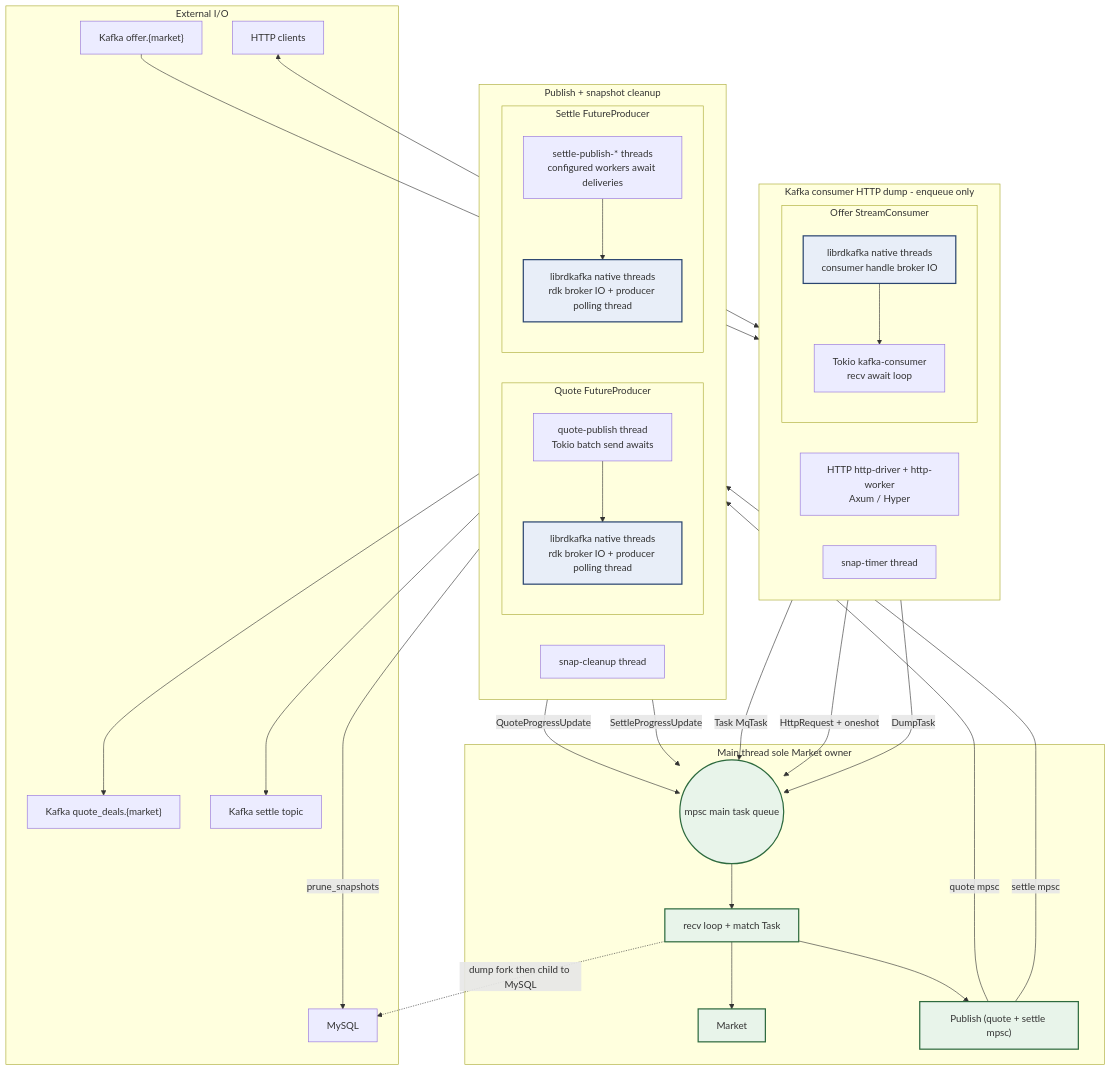
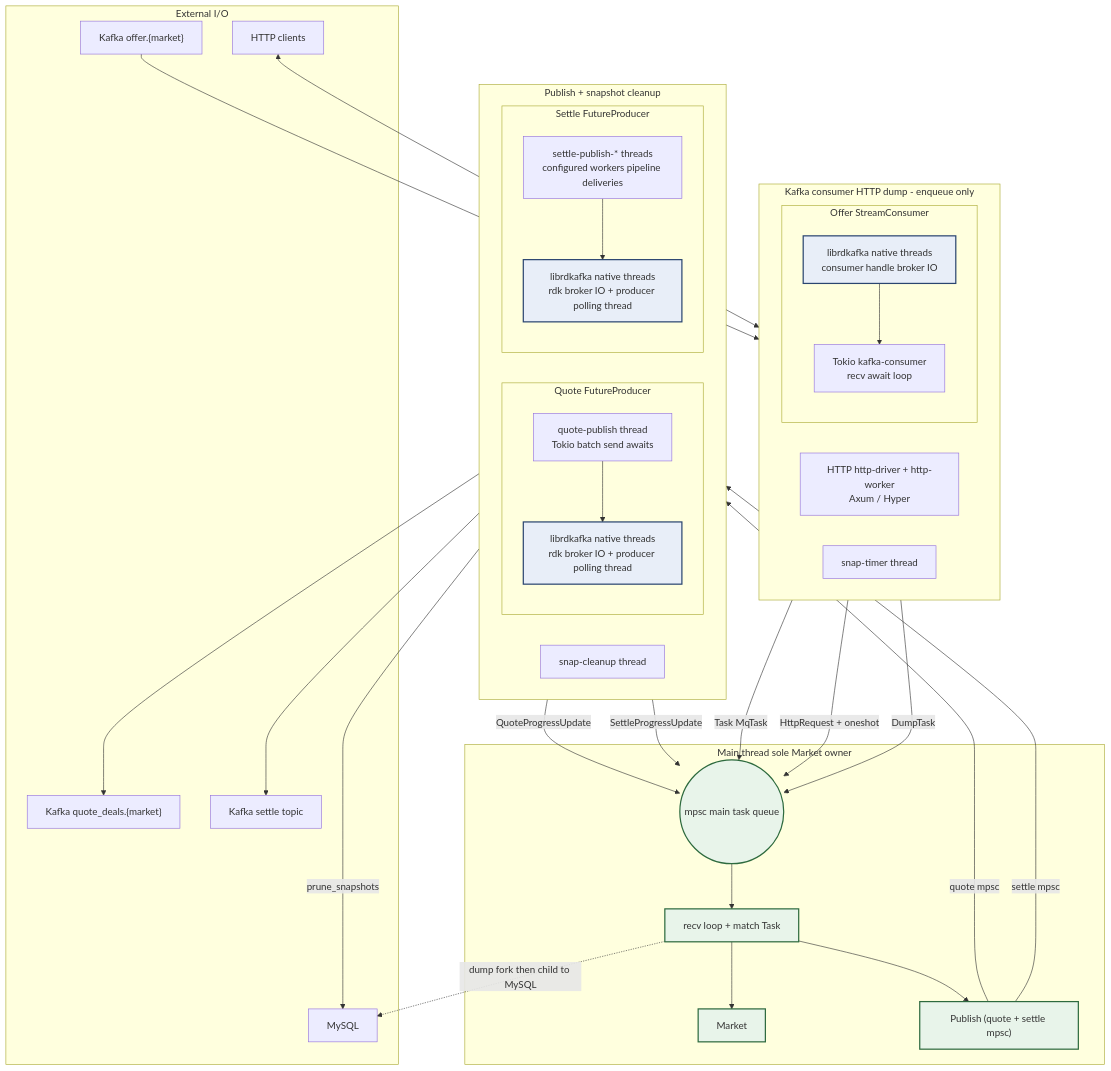
The first of 3 diagrams in doc/thread-model.md (rqzrqh/matchengine_rust), drawn with Mermaid before and after one commit. The commit also changed other lines of this file and 7 other files, not shown here.

Commit message:
optimize settle publish stage1

````diff
--- a/doc/thread-model.md
+++ b/doc/thread-model.md
@@ -46,74 +46,74 @@
 ```mermaid
 flowchart TB
   subgraph ext["External I/O"]
     K_IN["Kafka offer.{market}"]
     K_Q["Kafka quote_deals.{market}"]
     K_S["Kafka settle topic"]
     HTTP_C["HTTP clients"]
     MY["MySQL"]
   end
 
   subgraph to_main_q["Kafka consumer HTTP dump - enqueue only"]
     direction LR
     subgraph offer_sc["Offer StreamConsumer"]
       direction TB
       RDK_OFF["librdkafka native threads<br/>consumer handle broker IO"]
       APP_OFF["Tokio kafka-consumer<br/>recv await loop"]
       RDK_OFF --> APP_OFF
     end
     HR["HTTP http-driver + http-worker<br/>Axum / Hyper"]
     DT["snap-timer thread"]
   end
 
   subgraph main_th["Main thread sole Market owner"]
     Q((mpsc main task queue))
     EL["recv loop + match Task"]
     MKT["Market"]
     PUB["Publish (quote + settle mpsc)"]
     EL --> MKT
     EL --> PUB
     Q --> EL
   end
 
   subgraph other_helpers["Publish + snapshot cleanup"]
     direction LR
     subgraph quote_pr["Quote FutureProducer"]
       direction TB
       APP_QP["quote-publish thread<br/>Tokio batch send awaits"]
       RDK_QP["librdkafka native threads<br/>rdk broker IO + producer polling thread"]
       APP_QP --> RDK_QP
     end
     subgraph settle_pr["Settle FutureProducer"]
       direction TB
-      APP_SP["settle-publish-* threads<br/>configured workers await deliveries"]
+      APP_SP["settle-publish-* threads<br/>configured workers pipeline deliveries"]
       RDK_SP["librdkafka native threads<br/>rdk broker IO + producer polling thread"]
       APP_SP --> RDK_SP
     end
     CL["snap-cleanup thread"]
   end
 
   K_IN --> RDK_OFF
   APP_OFF -->|Task MqTask| Q
   HTTP_C <--> HR
   HR -->|HttpRequest + oneshot| Q
   DT -->|DumpTask| Q
   CL -->|prune_snapshots| MY
 
   PUB -->|quote mpsc| APP_QP
   PUB -->|settle mpsc| APP_SP
   RDK_QP --> K_Q
   RDK_SP --> K_S
   APP_QP -->|QuoteProgressUpdate| Q
   APP_SP -->|SettleProgressUpdate| Q
 
   EL -.->|dump fork then child to MySQL| MY
 
   classDef marketOwner fill:#e8f4ea,stroke:#2d6a3e,stroke-width:2px
   class EL marketOwner
   class MKT marketOwner
   class PUB marketOwner
   class Q marketOwner
 
   classDef rdkNative fill:#e8eef8,stroke:#2a4570,stroke-width:2px
   class RDK_OFF,RDK_QP,RDK_SP rdkNative
 ```
````
